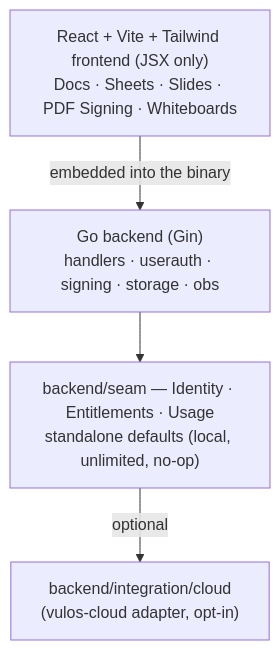
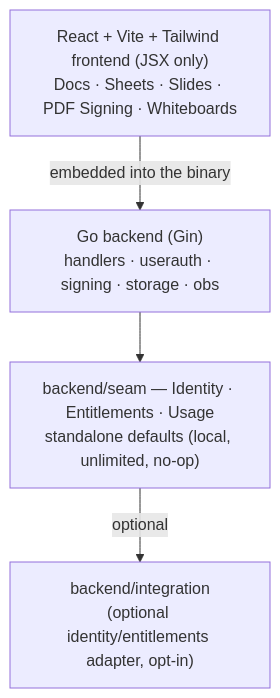
Before and after one commit to vul-os/ofisi: the diagram in README.md, drawn with Mermaid. The commit also changed other lines of this file and 18 other files, not shown here.

````diff
--- a/README.md
+++ b/README.md
@@ -175,10 +148,10 @@
 ```mermaid
 flowchart TD
     FE["React + Vite + Tailwind frontend (JSX only)<br/>Docs · Sheets · Slides · PDF Signing · Whiteboards"]
     BE["Go backend (Gin)<br/>handlers · userauth · signing · storage · obs"]
     Seam["backend/seam — Identity · Entitlements · Usage<br/>standalone defaults (local, unlimited, no-op)"]
-    Cloud["backend/integration/cloud<br/>(vulos-cloud adapter, opt-in)"]
+    Adapter["backend/integration<br/>(optional identity/entitlements adapter, opt-in)"]
     FE -->|"embedded into the binary"| BE
     BE --> Seam
-    Seam -->|optional| Cloud
+    Seam -->|optional| Adapter
 ```
````
